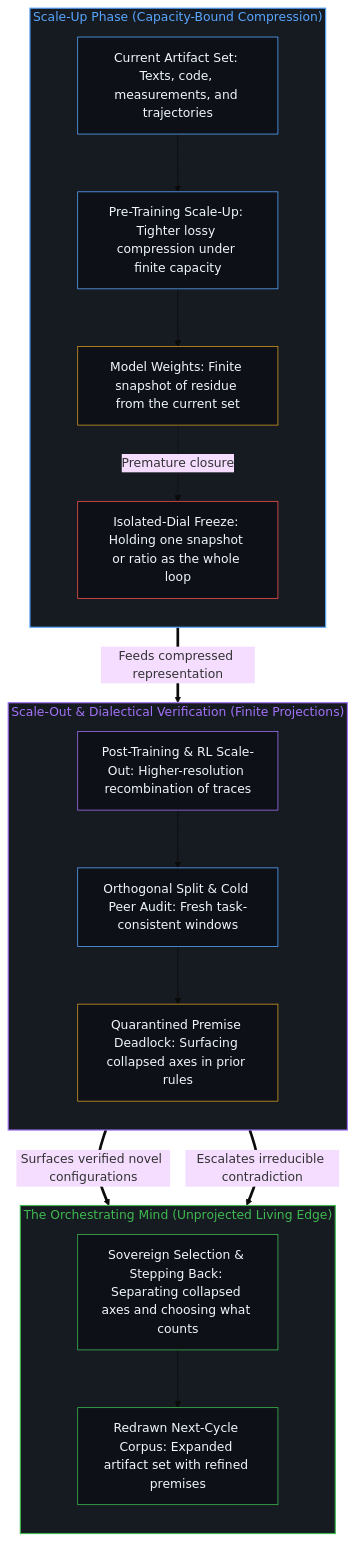
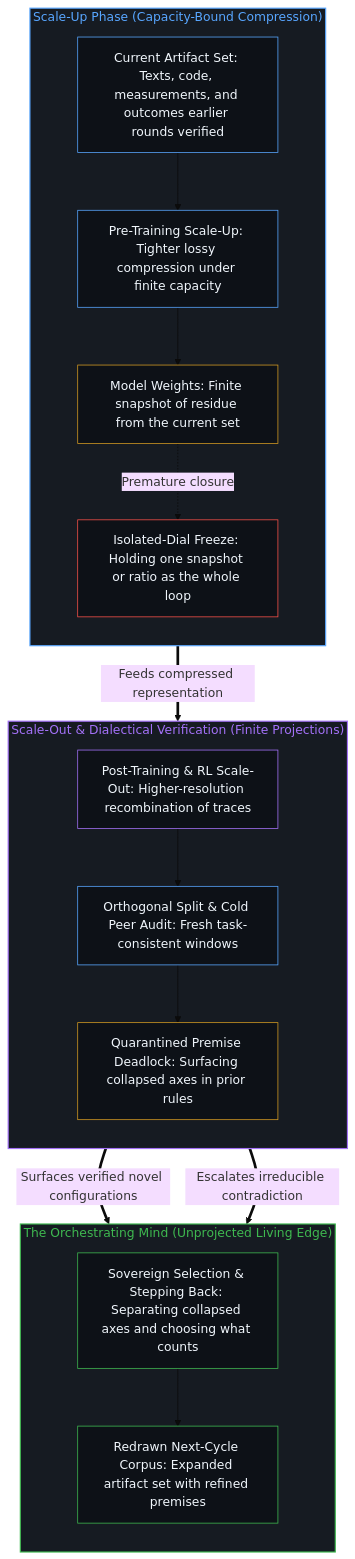
Before and after one commit to powerpig99/not-a-toe: the second of 2 diagrams in content/posts/the-scaling-loop.md, drawn with Mermaid (base theme). The commit also changed other lines of this file and 13 other files, not shown here.

````diff
--- a/content/posts/the-scaling-loop.md
+++ b/content/posts/the-scaling-loop.md
@@ -94,40 +94,40 @@
 ```mermaid
 flowchart TD
     subgraph S_Up["Scale-Up Phase (Capacity-Bound Compression)"]
         direction TB
-        A["Current Artifact Set: Texts, code, measurements, and trajectories"]
+        A["Current Artifact Set: Texts, code, measurements, and outcomes earlier rounds verified"]
         U["Pre-Training Scale-Up: Tighter lossy compression under finite capacity"]
         W["Model Weights: Finite snapshot of residue from the current set"]
         F["Isolated-Dial Freeze: Holding one snapshot or ratio as the whole loop"]
         A --> U --> W
         W -.->|"Premature closure"| F
     end
     subgraph S_Out["Scale-Out & Dialectical Verification (Finite Projections)"]
         direction TB
         O["Post-Training & RL Scale-Out: Higher-resolution recombination of traces"]
         M["Orthogonal Split & Cold Peer Audit: Fresh task-consistent windows"]
         D["Quarantined Premise Deadlock: Surfacing collapsed axes in prior rules"]
         O --> M --> D
     end
     subgraph S_Mind["The Orchestrating Mind (Unprojected Living Edge)"]
         direction TB
         J["Sovereign Selection & Stepping Back: Separating collapsed axes and choosing what counts"]
         R["Redrawn Next-Cycle Corpus: Expanded artifact set with refined premises"]
         J --> R
     end
     W ==>|"Feeds compressed representation"| O
     M ==>|"Surfaces verified novel configurations"| J
     D ==>|"Escalates irreducible contradiction"| J
     style S_Up fill:#161b22,stroke:#58a6ff,stroke-width:1.5px,color:#58a6ff
     style S_Out fill:#161b22,stroke:#a371f7,stroke-width:1.5px,color:#a371f7
     style S_Mind fill:#161b22,stroke:#3fb950,stroke-width:1.5px,color:#3fb950
     style A fill:#0d1117,stroke:#58a6ff,stroke-width:1px,color:#f0f6fc
     style U fill:#0d1117,stroke:#58a6ff,stroke-width:1px,color:#f0f6fc
     style W fill:#0d1117,stroke:#d29922,stroke-width:1px,color:#f0f6fc
     style F fill:#0d1117,stroke:#f85149,stroke-width:1px,color:#f0f6fc
     style O fill:#0d1117,stroke:#a371f7,stroke-width:1px,color:#f0f6fc
     style M fill:#0d1117,stroke:#58a6ff,stroke-width:1px,color:#f0f6fc
     style D fill:#0d1117,stroke:#d29922,stroke-width:1px,color:#f0f6fc
     style J fill:#0d1117,stroke:#3fb950,stroke-width:1px,color:#f0f6fc
     style R fill:#0d1117,stroke:#3fb950,stroke-width:1px,color:#f0f6fc
 ```
````
